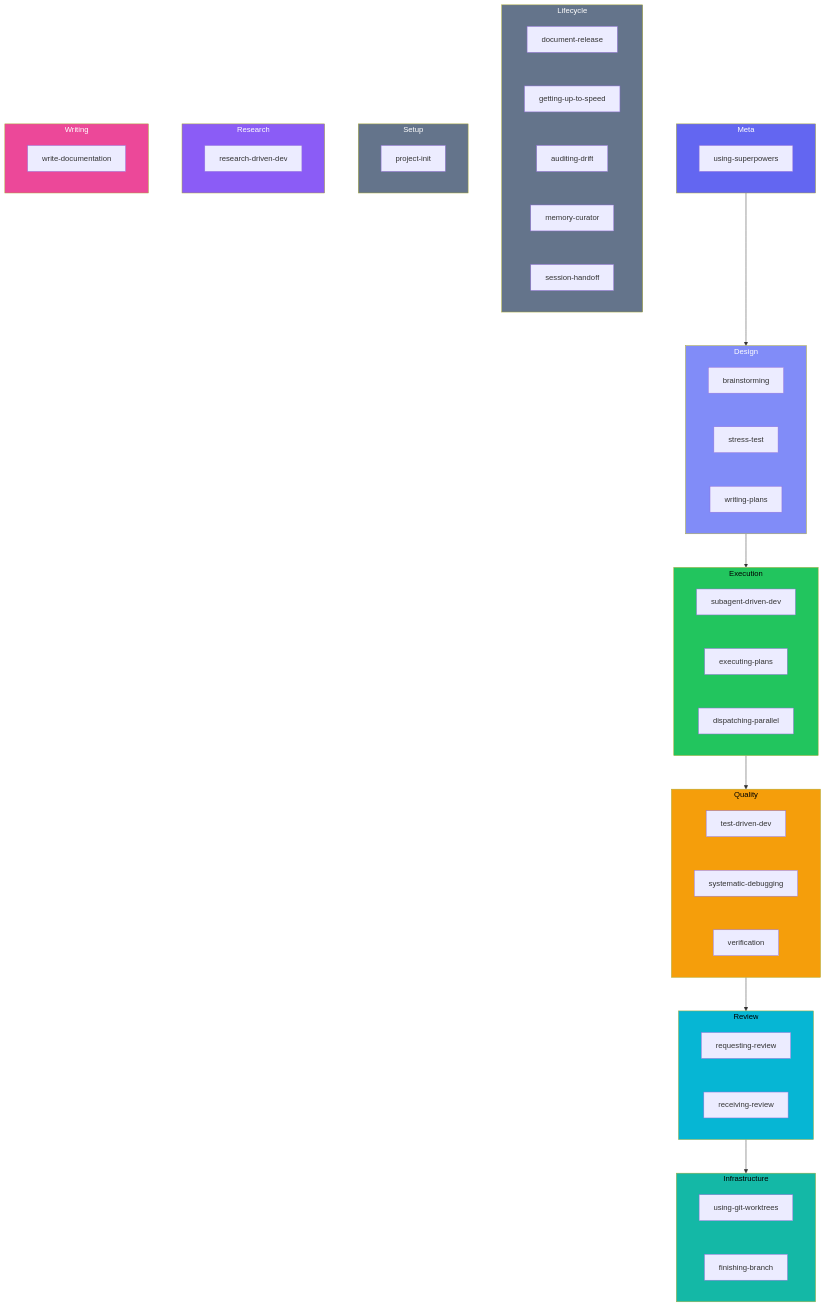
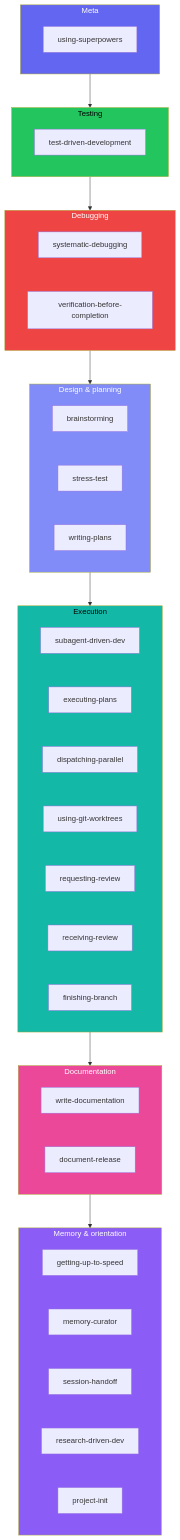
The first of 2 diagrams in docs/en/skills.md (DollarDill/beads-superpowers), drawn with Mermaid before and after one commit. The commit also changed other lines of this file and 1 other file, not shown here.

````diff
--- a/docs/en/skills.md
+++ b/docs/en/skills.md
@@ -48,68 +49,59 @@
 ```mermaid
 ---
 config:
   flowchart:
     nodeSpacing: 70
     rankSpacing: 70
 ---
 graph TD
   subgraph Meta
     US["using-superpowers"]
   end
-  subgraph Design
+  subgraph Testing
+    TDD["test-driven-development"]
+  end
+  subgraph Debugging
+    SD["systematic-debugging"]
+    VBC["verification-before-completion"]
+  end
+  subgraph Design ["Design & planning"]
     BR["brainstorming"]
     STR["stress-test"]
     WP["writing-plans"]
   end
   subgraph Execution
     SDD["subagent-driven-dev"]
     EP["executing-plans"]
     DPA["dispatching-parallel"]
-  end
-  subgraph Quality
-    TDD["test-driven-dev"]
-    SD["systematic-debugging"]
-    VBC["verification"]
-  end
-  subgraph Review
+    WT["using-git-worktrees"]
     RCR["requesting-review"]
     REC["receiving-review"]
-  end
-  subgraph Infra ["Infrastructure"]
-    WT["using-git-worktrees"]
     FAB["finishing-branch"]
   end
-  subgraph Lifecycle
+  subgraph Documentation
+    WD["write-documentation"]
     DR["document-release"]
+  end
+  subgraph Memory ["Memory & orientation"]
     GUS["getting-up-to-speed"]
-    AUD["auditing-drift"]
     MC["memory-curator"]
     SH["session-handoff"]
-  end
-  subgraph Setup
+    RDD["research-driven-dev"]
     PI["project-init"]
   end
-  subgraph Research
-    RDD["research-driven-dev"]
-  end
-  subgraph Writing
-    WD["write-documentation"]
-  end
 
-  Meta --> Design
+  Meta --> Testing
+  Testing --> Debugging
+  Debugging --> Design
   Design --> Execution
-  Execution --> Quality
-  Quality --> Review
-  Review --> Infra
+  Execution --> Documentation
+  Documentation --> Memory
 
   style Meta fill:#6366f1,color:#fff
+  style Testing fill:#22c55e,color:#000
+  style Debugging fill:#ef4444,color:#fff
   style Design fill:#818cf8,color:#fff
-  style Execution fill:#22c55e,color:#000
-  style Quality fill:#f59e0b,color:#000
-  style Review fill:#06b6d4,color:#000
-  style Infra fill:#14b8a6,color:#000
-  style Lifecycle fill:#64748b,color:#fff
-  style Setup fill:#64748b,color:#fff
-  style Research fill:#8b5cf6,color:#fff
-  style Writing fill:#ec4899,color:#fff
+  style Execution fill:#14b8a6,color:#000
+  style Documentation fill:#ec4899,color:#fff
+  style Memory fill:#8b5cf6,color:#fff
 ```
````
